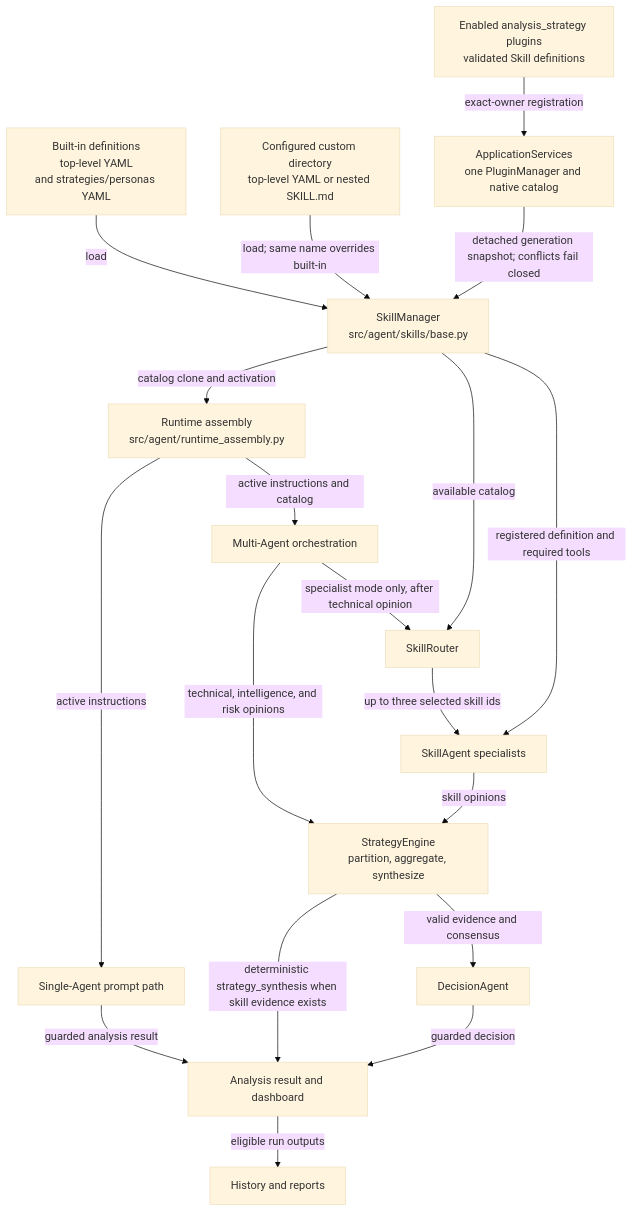
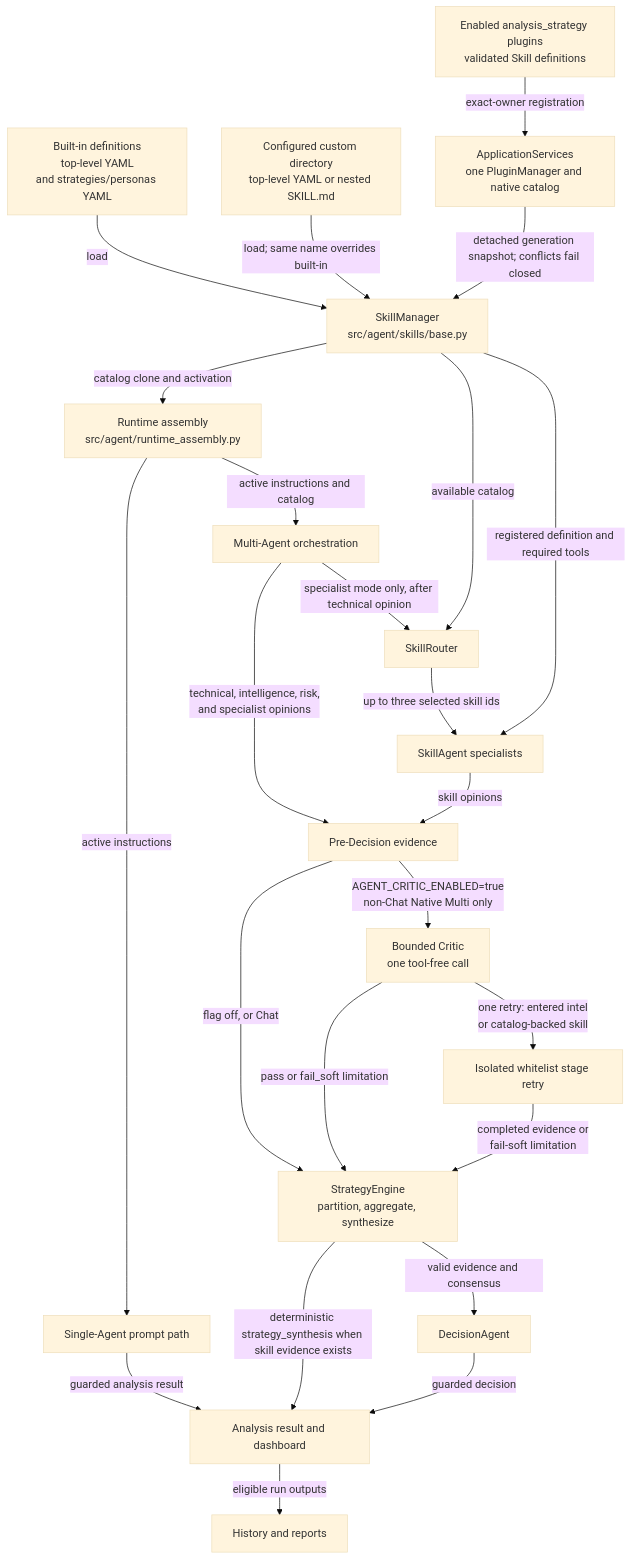
Before and after one commit to SiinXu/stock-pulse-ai: the third of 3 diagrams in docs/architecture-overview.md, drawn with Mermaid (base theme). The commit also changed other lines of this file and 31 other files, not shown here.

Commit message:
feat: add a bounded multi-agent Critic loop

````diff
--- a/docs/architecture-overview.md
+++ b/docs/architecture-overview.md
@@ -247,23 +247,28 @@
 ```mermaid
 flowchart TB
   BUILTIN[Built-in definitions<br/>top-level YAML<br/>and strategies/personas YAML] -->|load| MANAGER[SkillManager<br/>src/agent/skills/base.py]
   CUSTOM[Configured custom directory<br/>top-level YAML or nested SKILL.md] -->|load; same name overrides built-in| MANAGER
   PLUGIN[Enabled analysis_strategy plugins<br/>validated Skill definitions] -->|exact-owner registration| ROOT[ApplicationServices<br/>one PluginManager and native catalog]
   ROOT -->|detached generation snapshot; conflicts fail closed| MANAGER
   MANAGER -->|catalog clone and activation| ASSEMBLY[Runtime assembly<br/>src/agent/runtime_assembly.py]
 
   ASSEMBLY -->|active instructions| SINGLE[Single-Agent prompt path]
   SINGLE -->|guarded analysis result| RESULT[Analysis result and dashboard]
 
   ASSEMBLY -->|active instructions and catalog| MULTI[Multi-Agent orchestration]
-  MULTI -->|technical, intelligence, and risk opinions| ENGINE[StrategyEngine<br/>partition, aggregate, synthesize]
+  MULTI -->|technical, intelligence, risk,<br/>and specialist opinions| EVIDENCE[Pre-Decision evidence]
   MULTI -->|specialist mode only, after technical opinion| ROUTER[SkillRouter]
   MANAGER -->|available catalog| ROUTER
   ROUTER -->|up to three selected skill ids| AGENTS[SkillAgent specialists]
   MANAGER -->|registered definition and required tools| AGENTS
-  AGENTS -->|skill opinions| ENGINE
+  AGENTS -->|skill opinions| EVIDENCE
+  EVIDENCE -->|flag off, or Chat| ENGINE[StrategyEngine<br/>partition, aggregate, synthesize]
+  EVIDENCE -->|AGENT_CRITIC_ENABLED=true<br/>non-Chat Native Multi only| CRITIC[Bounded Critic<br/>one tool-free call]
+  CRITIC -->|pass or fail_soft limitation| ENGINE
+  CRITIC -->|one retry: entered intel<br/>or catalog-backed skill| RETRY[Isolated whitelist stage retry]
+  RETRY -->|completed evidence or<br/>fail-soft limitation| ENGINE
   ENGINE -->|valid evidence and consensus| DECISION[DecisionAgent]
   ENGINE -->|deterministic strategy_synthesis when skill evidence exists| RESULT
   DECISION -->|guarded decision| RESULT
   RESULT -->|eligible run outputs| CONSUMERS[History and reports]
 ```
````
